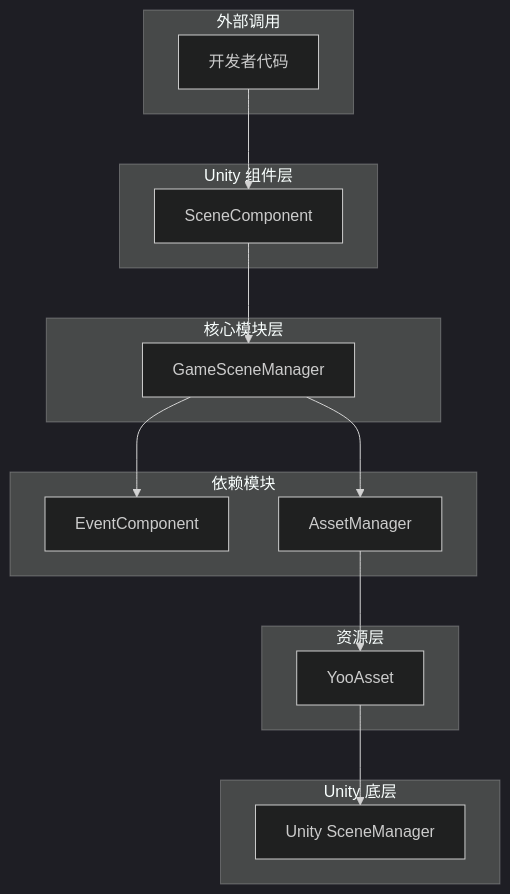
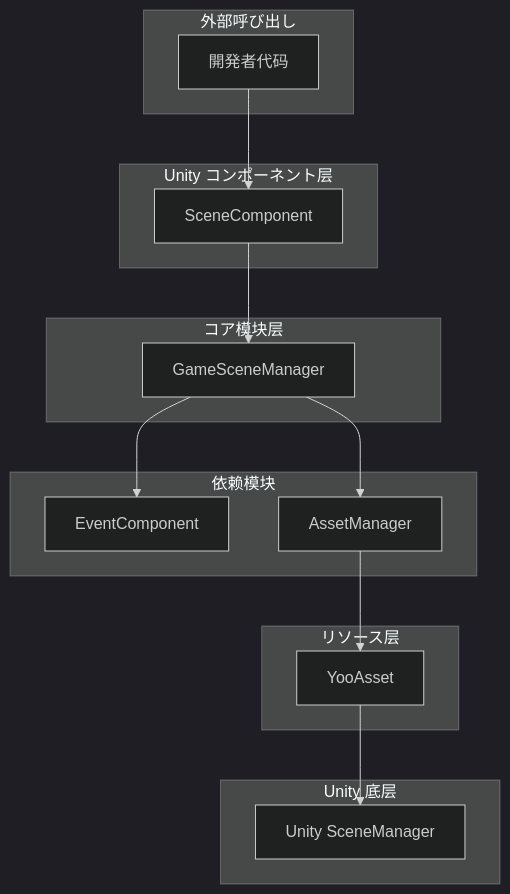
Before and after one commit to AlianBlank/GameFrameX.Docs: the first of 3 diagrams in docs/ja/client/unity/component/scene/01.overview.md, drawn with Mermaid (dark theme). The commit also changed other lines of this file and 603 other files, not shown here.

````diff
--- a/docs/ja/client/unity/component/scene/01.overview.md
+++ b/docs/ja/client/unity/component/scene/01.overview.md
@@ -28,34 +28,34 @@
 ```mermaid
 graph TD
-    subgraph External["外部调用"]
-        Developer[开发者代码]
+    subgraph External["外部呼び出し"]
+        Developer[開発者代码]
     end
 
-    subgraph UnityLayer["Unity 组件层"]
+    subgraph UnityLayer["Unity コンポーネント层"]
         SC[SceneComponent]
     end
 
-    subgraph CoreModule["核心模块层"]
+    subgraph CoreModule["コア模块层"]
         GSM[GameSceneManager]
     end
 
     subgraph Dependency["依赖模块"]
         EC[EventComponent]
         AM[AssetManager]
     end
 
-    subgraph Resource["资源层"]
+    subgraph Resource["リソース层"]
         YA[YooAsset]
     end
 
     subgraph UnityAPI["Unity 底层"]
         USM[Unity SceneManager]
     end
 
     Developer --> SC
     SC --> GSM
     GSM --> EC
     GSM --> AM
     AM --> YA
     YA --> USM
 ```
````
